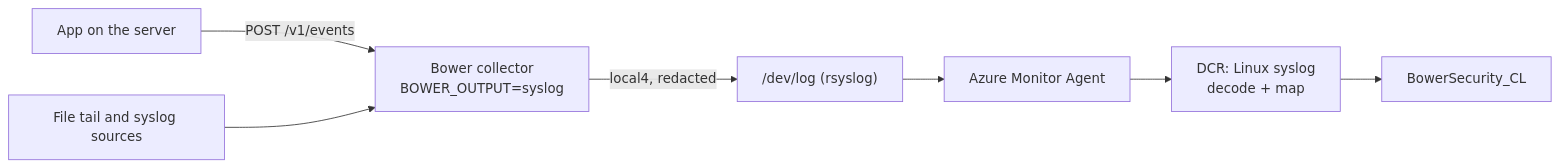
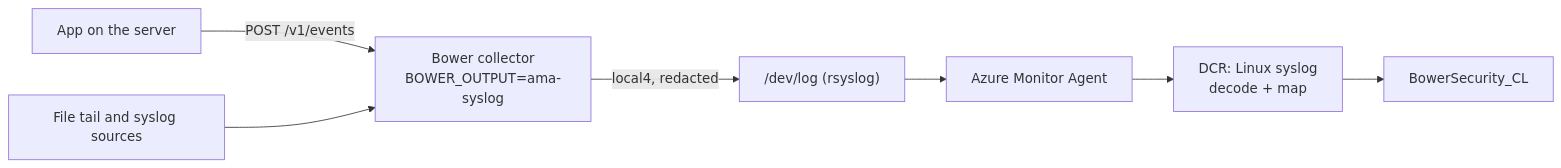
The diagram in docs/getting-started/azure-monitor-agent.md (jusso-dev/Bower), drawn with Mermaid before and after one commit. The commit also changed other lines of this file and 55 other files, not shown here.

First line of the commit message:
refactor(ama-syslog-output): rename the syslog output to ama-syslog (#242)

````diff
--- a/docs/getting-started/azure-monitor-agent.md
+++ b/docs/getting-started/azure-monitor-agent.md
@@ -9,7 +9,7 @@
 ```mermaid
 flowchart LR
-    APP[App on the server] -->|POST /v1/events| B[Bower collector<br/>BOWER_OUTPUT=syslog]
+    APP[App on the server] -->|POST /v1/events| B[Bower collector<br/>BOWER_OUTPUT=ama-syslog]
     SRC[File tail and syslog sources] --> B
     B -->|local4, redacted| L["/dev/log (rsyslog)"]
     L --> AMA[Azure Monitor Agent] --> DCR[DCR: Linux syslog<br/>decode + map] --> S[BowerSecurity_CL]
 ```
````
